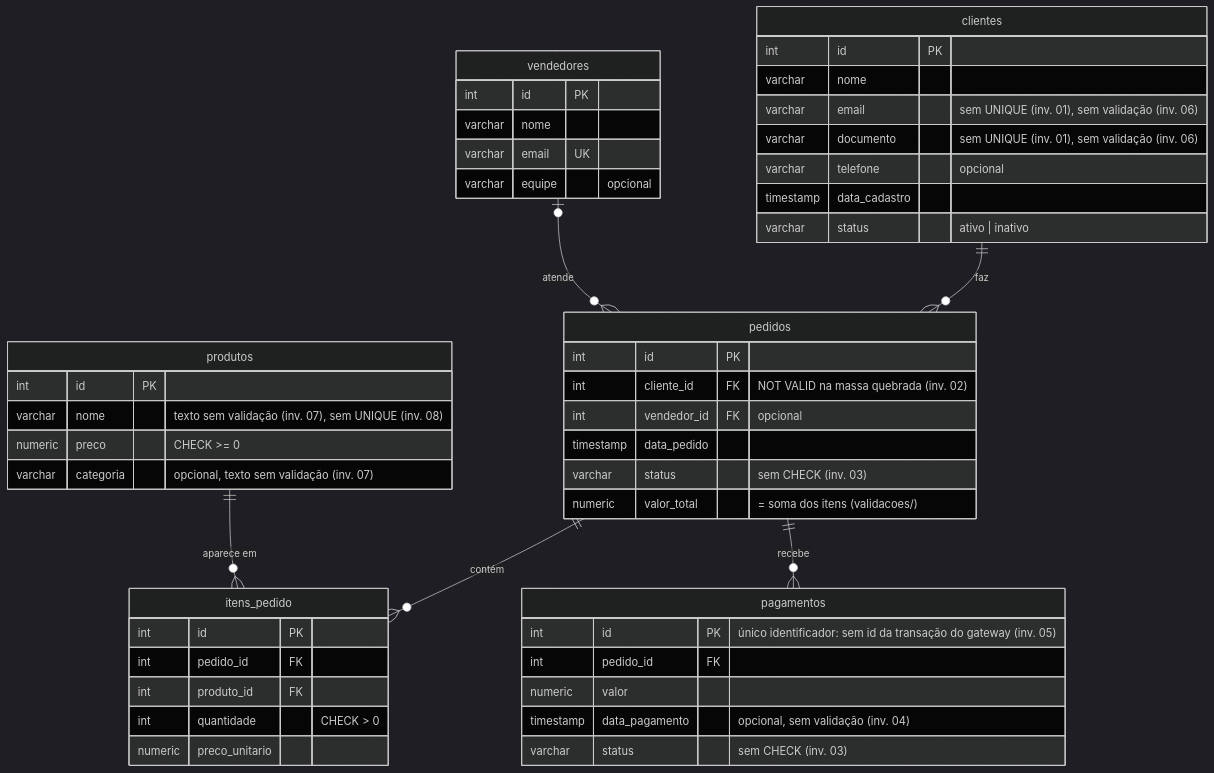
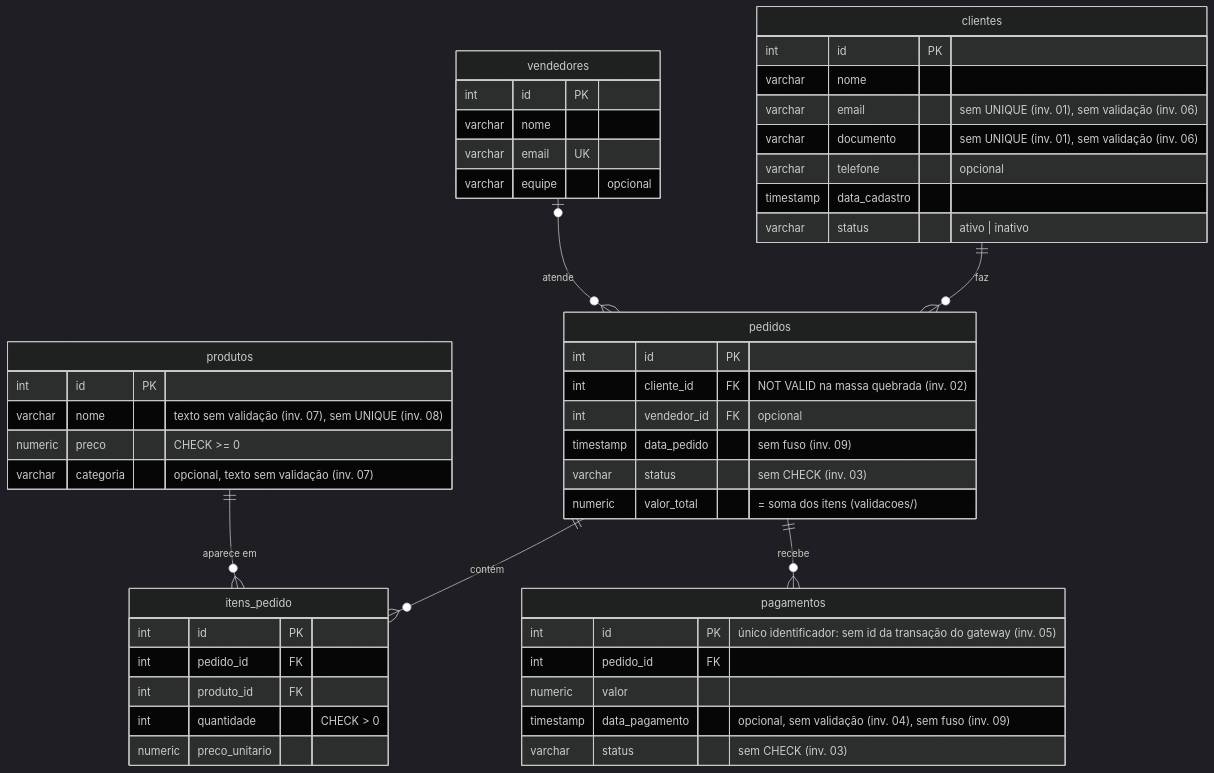
One commit to ThomasTDS/sql-defect-investigation changed the diagram in README.md. Above: the diagram before and after it, drawn with Mermaid (dark theme). The commit also changed other lines of this file and 17 other files, not shown here.

````diff
--- a/README.md
+++ b/README.md
@@ -25,57 +25,57 @@
 ```mermaid
 erDiagram
     clientes ||--o{ pedidos : "faz"
     vendedores |o--o{ pedidos : "atende"
     pedidos ||--o{ itens_pedido : "contém"
     produtos ||--o{ itens_pedido : "aparece em"
     pedidos ||--o{ pagamentos : "recebe"
 
     clientes {
         int id PK
         varchar nome
         varchar email "sem UNIQUE (inv. 01), sem validação (inv. 06)"
         varchar documento "sem UNIQUE (inv. 01), sem validação (inv. 06)"
         varchar telefone "opcional"
         timestamp data_cadastro
         varchar status "ativo | inativo"
     }
 
     vendedores {
         int id PK
         varchar nome
         varchar email UK
         varchar equipe "opcional"
     }
 
     produtos {
         int id PK
         varchar nome "texto sem validação (inv. 07), sem UNIQUE (inv. 08)"
         numeric preco "CHECK >= 0"
         varchar categoria "opcional, texto sem validação (inv. 07)"
     }
 
     pedidos {
         int id PK
         int cliente_id FK "NOT VALID na massa quebrada (inv. 02)"
         int vendedor_id FK "opcional"
-        timestamp data_pedido
+        timestamp data_pedido "sem fuso (inv. 09)"
         varchar status "sem CHECK (inv. 03)"
         numeric valor_total "= soma dos itens (validacoes/)"
     }
 
     itens_pedido {
         int id PK
         int pedido_id FK
         int produto_id FK
         int quantidade "CHECK > 0"
         numeric preco_unitario
     }
 
     pagamentos {
         int id PK "único identificador: sem id da transação do gateway (inv. 05)"
         int pedido_id FK
         numeric valor
-        timestamp data_pagamento "opcional, sem validação (inv. 04)"
+        timestamp data_pagamento "opcional, sem validação (inv. 04), sem fuso (inv. 09)"
         varchar status "sem CHECK (inv. 03)"
     }
 ```
````
